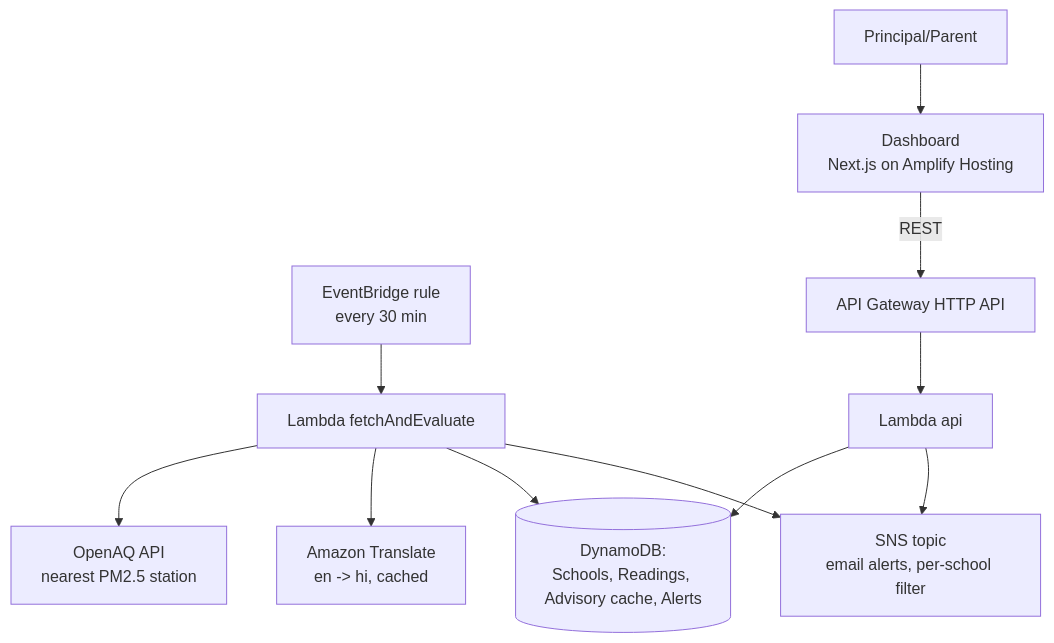
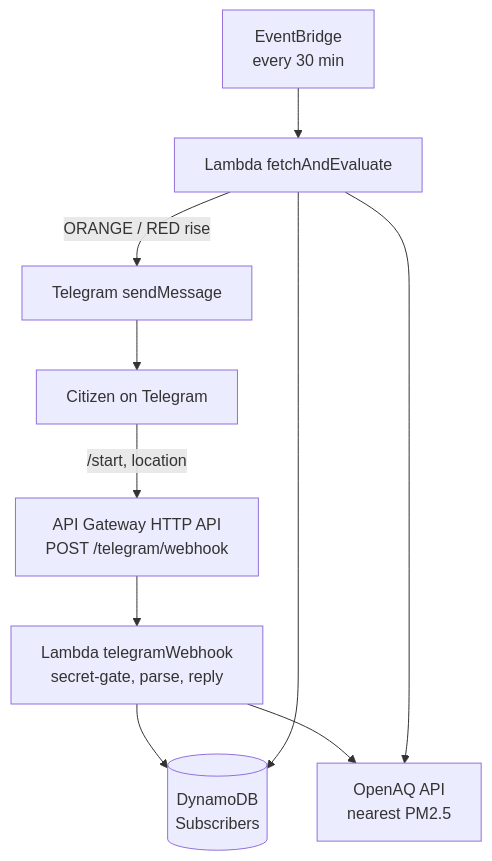
One commit to ad1tyayadav/awsEnvHackAQI changed the diagram in README.md. Above: the diagram before and after it, drawn with Mermaid. The commit also changed other lines of this file and 39 other files, not shown here.

First line of the commit message:
phase-9r: remove the school dashboard and email surface (task 9R.10)

````diff
--- a/README.md
+++ b/README.md
@@ -23,14 +42,12 @@
 ```mermaid
 graph TD
-  EB[EventBridge rule<br/>every 30 min] --> L1[Lambda fetchAndEvaluate]
-  L1 --> OA[OpenAQ API<br/>nearest PM2.5 station]
-  L1 --> TT[Amazon Translate<br/>en -> hi, cached]
-  L1 --> DB[(DynamoDB:<br/>Schools, Readings, Advisory cache, Alerts)]
-  L1 --> SNS[SNS topic<br/>email alerts, per-school filter]
-  U[Principal/Parent] --> UI[Dashboard<br/>Next.js on Amplify Hosting]
-  UI -->|REST| API[API Gateway HTTP API]
-  API --> L2[Lambda api]
-  L2 --> DB
-  L2 --> SNS
-
+  U[Citizen on Telegram] -->|/start, location| WA[API Gateway HTTP API<br/>POST /telegram/webhook]
+  WA --> WH[Lambda telegramWebhook<br/>secret-gate, parse, reply]
+  WH --> SB[(DynamoDB<br/>Subscribers)]
+  WH --> OA[OpenAQ API<br/>nearest PM2.5]
+  EB[EventBridge<br/>every 30 min] --> SC[Lambda fetchAndEvaluate]
+  SC --> SB
+  SC --> OA
+  SC -->|ORANGE / RED rise| TG[Telegram sendMessage]
+  TG --> U
 ```
````
